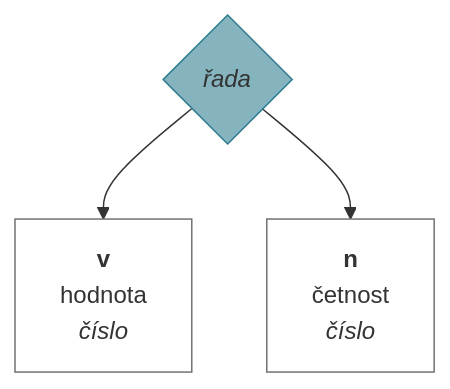
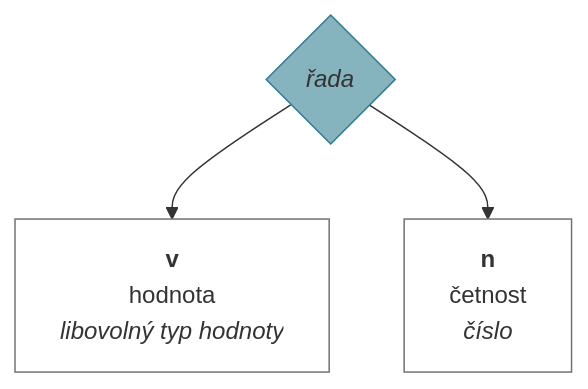
Before and after one commit to muzikp/retusa: diagram 16 of 38 in docs/cs-CZ.md, drawn with Mermaid. The commit also changed other lines of this file and 8 other files, not shown here.

````diff
--- a/docs/cs-CZ.md
+++ b/docs/cs-CZ.md
@@ -506,13 +506,13 @@
 ```mermaid
 graph TD
 frequency{<i>řada</i>}
 style frequency fill:#85B3BE;
 style frequency stroke:#2E7C8F;
-frequency --> v[<b>v</b><br>hodnota <br><i>číslo</i>]
+frequency --> v[<b>v</b><br>hodnota <br><i>libovolný typ hodnoty</i>]
 style v fill:#FFFFFF;
 style v stroke:#75716F;
 frequency --> n[<b>n</b><br>četnost <br><i>číslo</i>]
 style n fill:#FFFFFF;
 style n stroke:#75716F;
 
 ```
````
